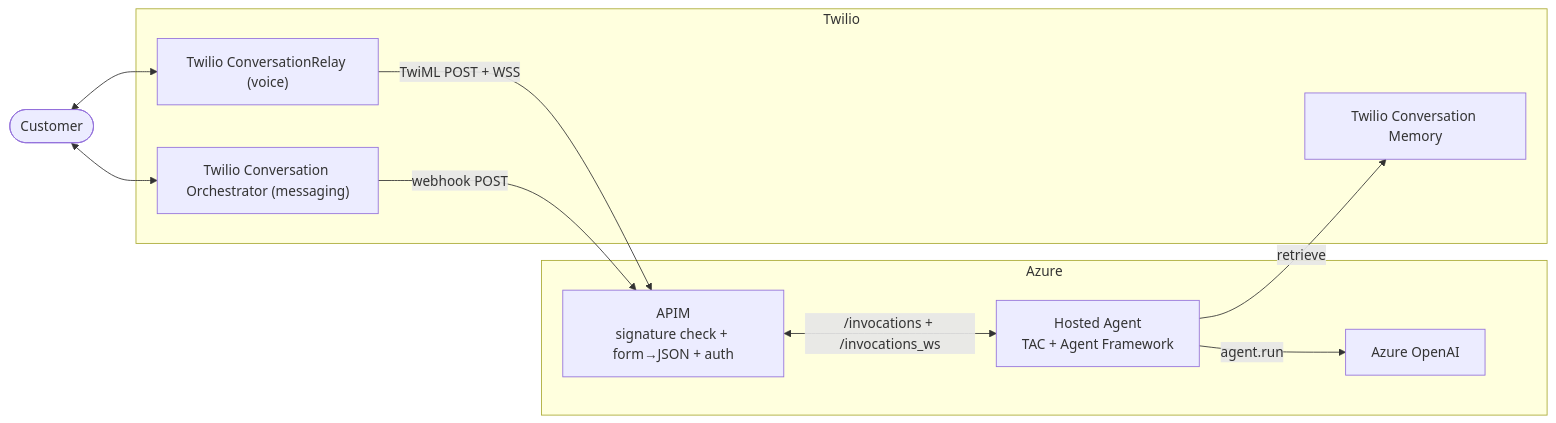
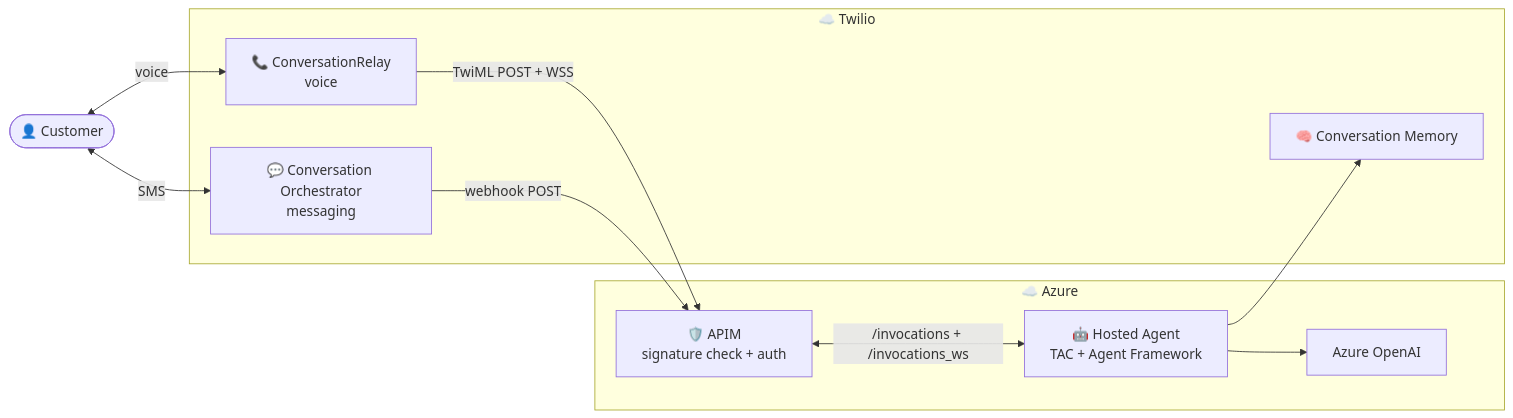
One commit to twilio/twilio-agent-connect-microsoft changed the diagram in deploy/agent_framework_hosted_agents/README.md. Above: the diagram before and after it, drawn with Mermaid. The commit also changed other lines of this file and 13 other files, not shown here.

````diff
--- a/deploy/agent_framework_hosted_agents/README.md
+++ b/deploy/agent_framework_hosted_agents/README.md
@@ -13,24 +12,24 @@
 ```mermaid
 graph LR
-    Customer([Customer])
+    Customer([👤 Customer])
 
-    subgraph Twilio
-        CRelay["Twilio ConversationRelay (voice)"]
-        CO["Twilio Conversation Orchestrator (messaging)"]
-        Memory[Twilio Conversation Memory]
+    subgraph Twilio["☁️ Twilio"]
+        CRelay[📞 ConversationRelay<br/>voice]
+        CO[💬 Conversation Orchestrator<br/>messaging]
+        Memory[🧠 Conversation Memory]
     end
 
-    subgraph Azure
-        APIM[APIM<br/>signature check + form→JSON + auth]
-        Foundry[Hosted Agent<br/>TAC + Agent Framework]
+    subgraph Azure["☁️ Azure"]
+        APIM[🛡️ APIM<br/>signature check + auth]
+        Foundry[🤖 Hosted Agent<br/>TAC + Agent Framework]
         AOAI[Azure OpenAI]
     end
 
-    Customer <--> CRelay
-    Customer <--> CO
+    Customer <-->|voice| CRelay
+    Customer <-->|SMS| CO
     CRelay -->|TwiML POST + WSS| APIM
     CO -->|webhook POST| APIM
     APIM <-->|/invocations + /invocations_ws| Foundry
-    Foundry -->|retrieve| Memory
-    Foundry -->|agent.run| AOAI
+    Foundry --> Memory
+    Foundry --> AOAI
 ```
````
